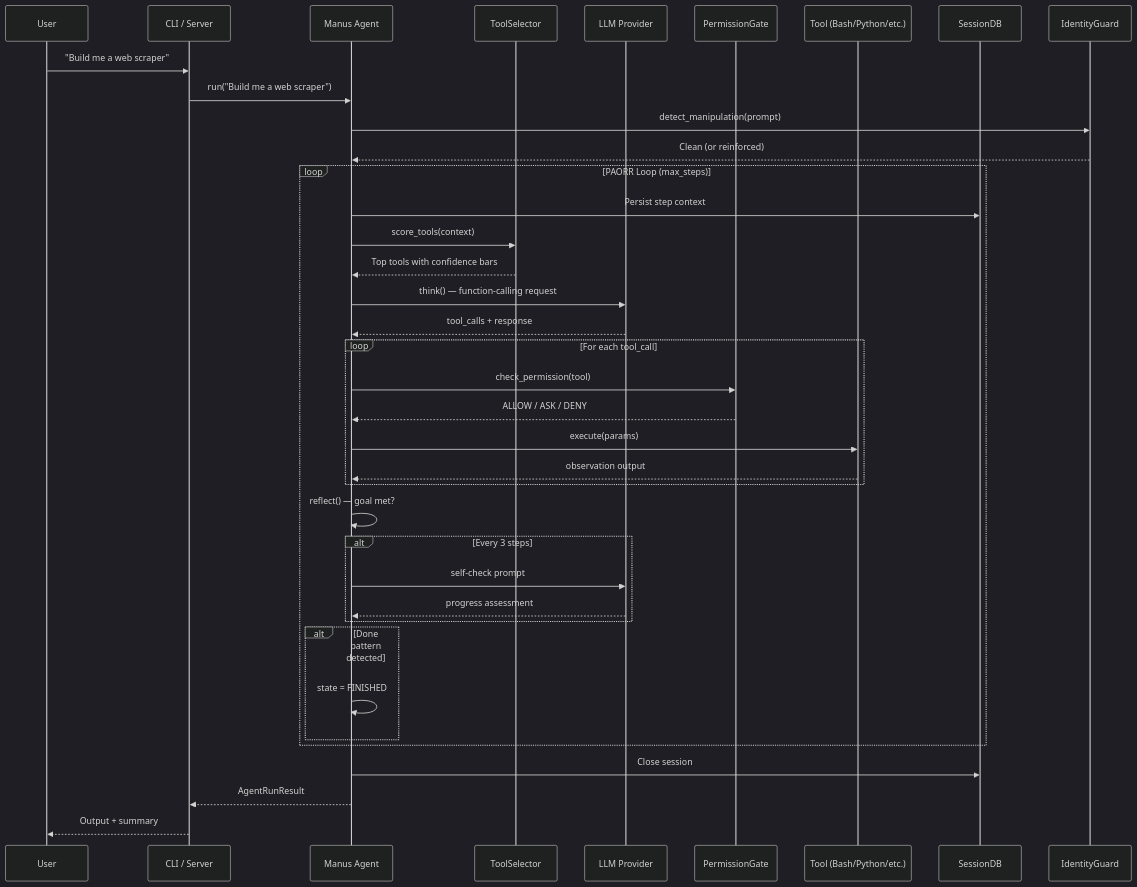
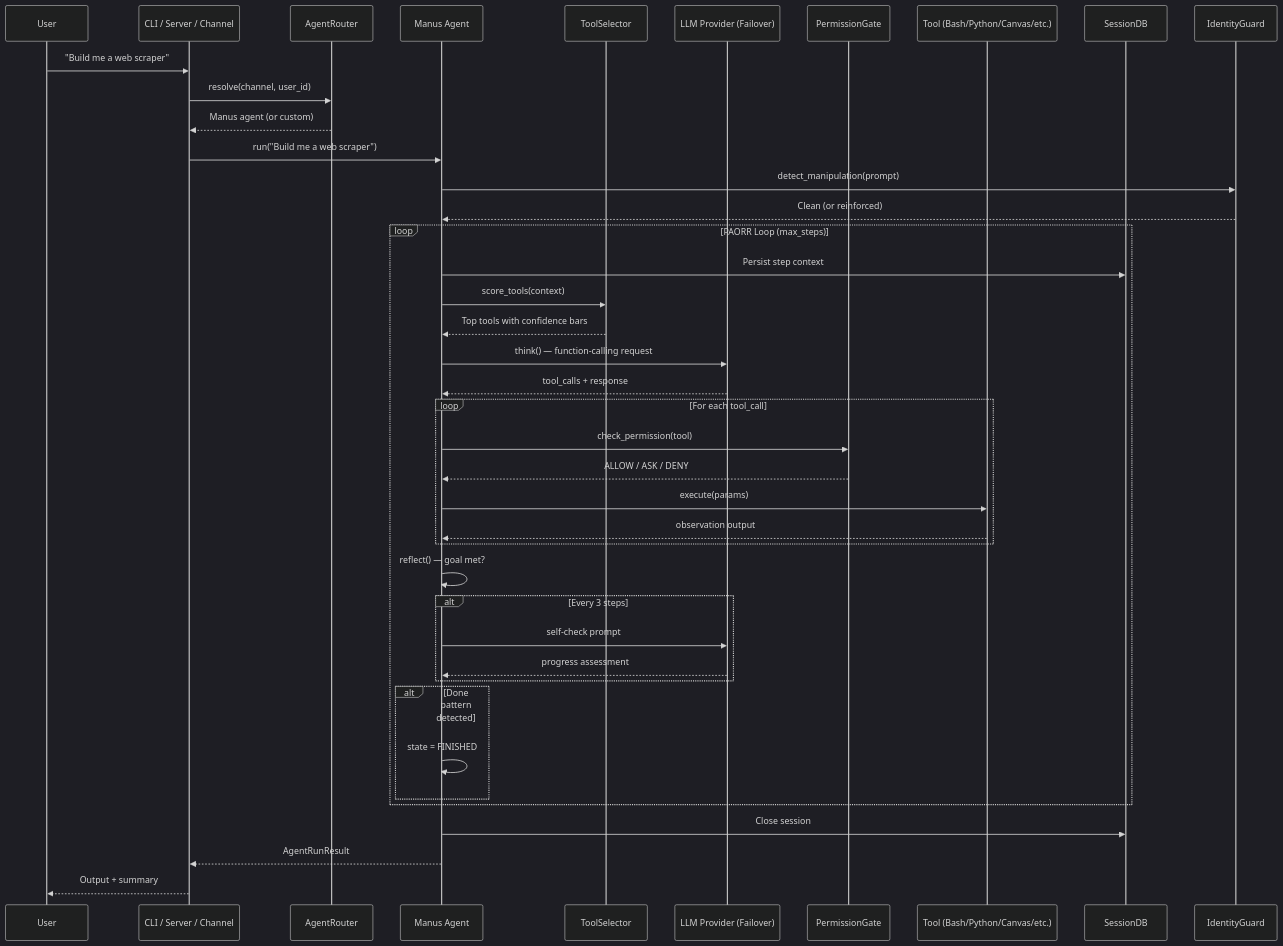
Before and after one commit to The-JDdev/ManusClaw: the fourth of 15 diagrams in README.md, drawn with Mermaid (dark theme). The commit also changed other lines of this file and 1 other file, not shown here.

````diff
--- a/README.md
+++ b/README.md
@@ -243,46 +363,49 @@
 ```mermaid
 sequenceDiagram
     participant User
-    participant CLI as CLI / Server
+    participant CLI as CLI / Server / Channel
+    participant Router as AgentRouter
     participant Manus as Manus Agent
     participant Selector as ToolSelector
-    participant LLM as LLM Provider
+    participant LLM as LLM Provider (Failover)
     participant Gate as PermissionGate
-    participant Tool as Tool (Bash/Python/etc.)
+    participant Tool as Tool (Bash/Python/Canvas/etc.)
     participant DB as SessionDB
     participant Guard as IdentityGuard
 
     User->>CLI: "Build me a web scraper"
+    CLI->>Router: resolve(channel, user_id)
+    Router-->>CLI: Manus agent (or custom)
     CLI->>Manus: run("Build me a web scraper")
     Manus->>Guard: detect_manipulation(prompt)
     Guard-->>Manus: Clean (or reinforced)
 
     loop PAORR Loop (max_steps)
         Manus->>DB: Persist step context
         Manus->>Selector: score_tools(context)
         Selector-->>Manus: Top tools with confidence bars
         Manus->>LLM: think() — function-calling request
         LLM-->>Manus: tool_calls + response
 
         loop For each tool_call
             Manus->>Gate: check_permission(tool)
             Gate-->>Manus: ALLOW / ASK / DENY
             Manus->>Tool: execute(params)
             Tool-->>Manus: observation output
         end
 
         Manus->>Manus: reflect() — goal met?
         alt Every 3 steps
             Manus->>LLM: self-check prompt
             LLM-->>Manus: progress assessment
         end
 
         alt Done pattern detected
             Manus->>Manus: state = FINISHED
         end
     end
 
     Manus->>DB: Close session
     Manus-->>CLI: AgentRunResult
     CLI-->>User: Output + summary
 ```
````
